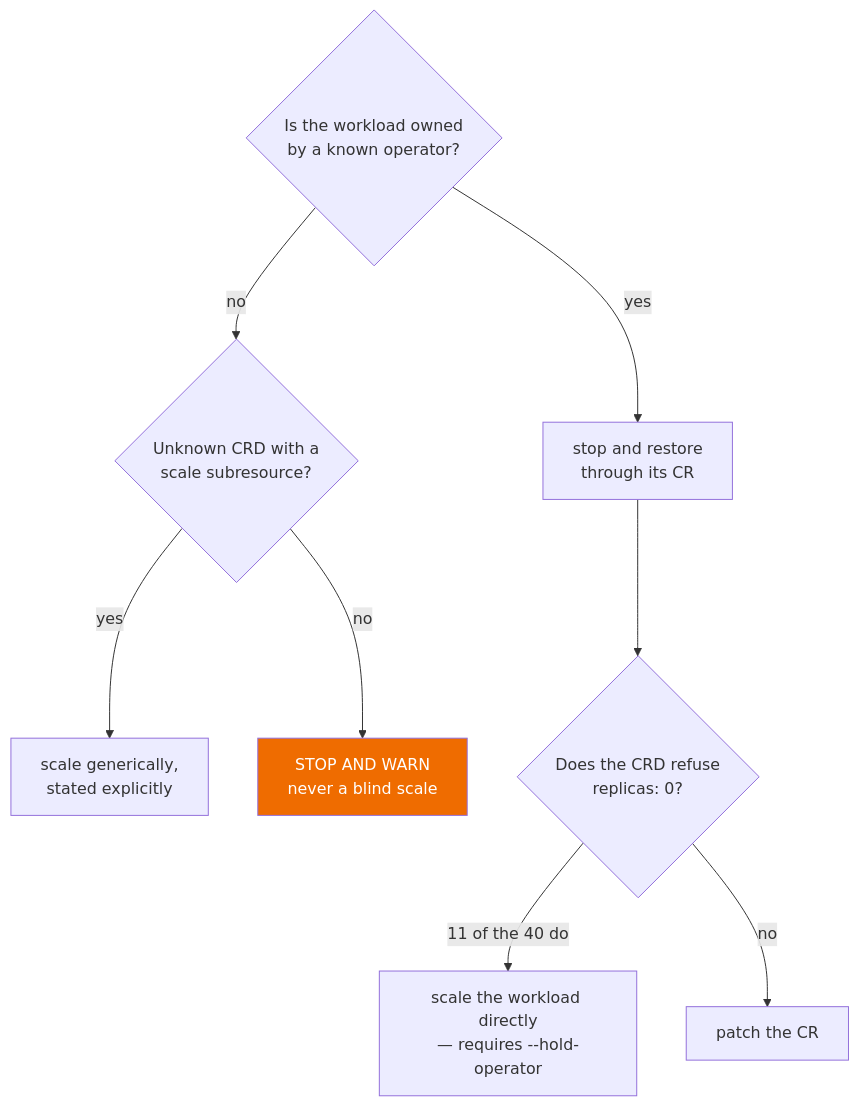
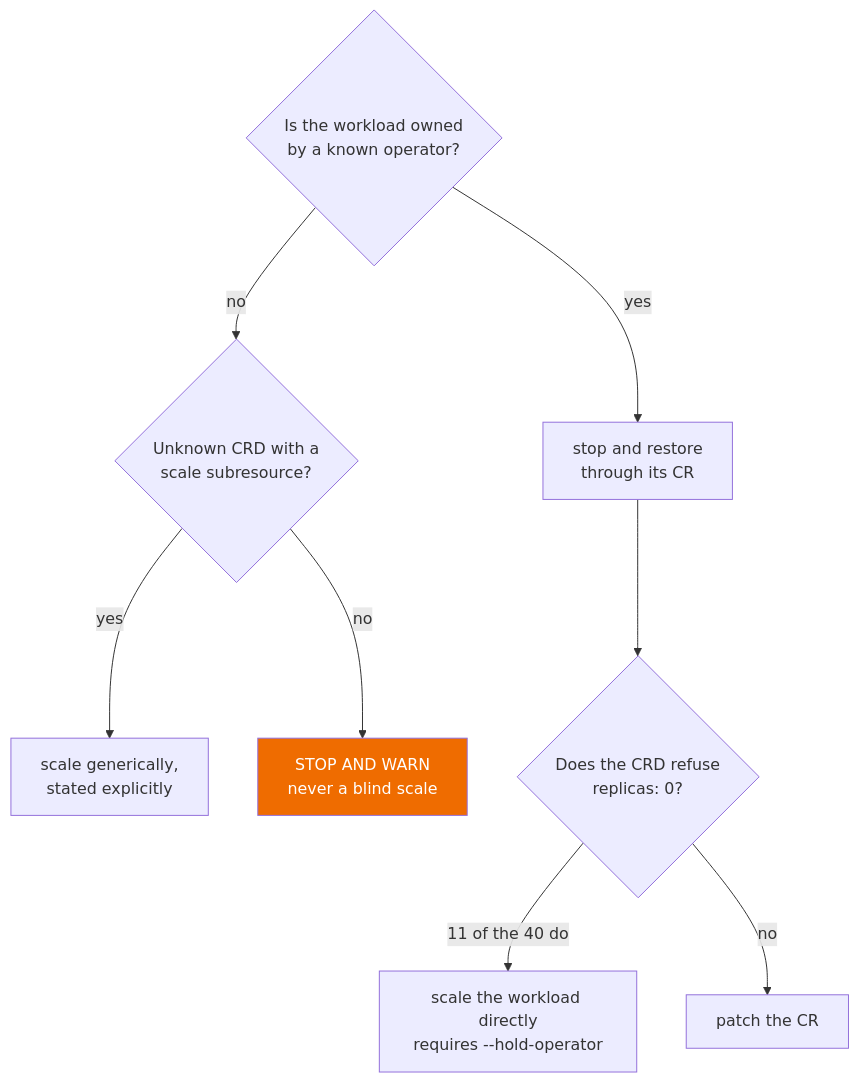
One commit to trident-port/overview changed the second of 2 diagrams in README.md. Above: the diagram before and after it, drawn with Mermaid. The commit also changed other lines of this file, not shown here.

Commit message:
README: current install (operator, offline and online), measured results up to 29 Oct

````diff
--- a/README.md
+++ b/README.md
@@ -770,11 +468,11 @@
 ```mermaid
 flowchart TD
     A{Is the workload owned<br/>by a known operator?} -->|yes| B[stop and restore<br/>through its CR]
     A -->|no| C{Unknown CRD with a<br/>scale subresource?}
     C -->|yes| D[scale generically,<br/>stated explicitly]
     C -->|no| E[STOP AND WARN<br/>never a blind scale]
     B --> F{Does the CRD refuse<br/>replicas: 0?}
-    F -->|11 of the 40 do| G[scale the workload directly<br/>— requires --hold-operator]
+    F -->|11 of the 40 do| G[scale the workload directly<br/>requires --hold-operator]
     F -->|no| H[patch the CR]
     style E fill:#ef6c00,color:#fff
 ```
````
